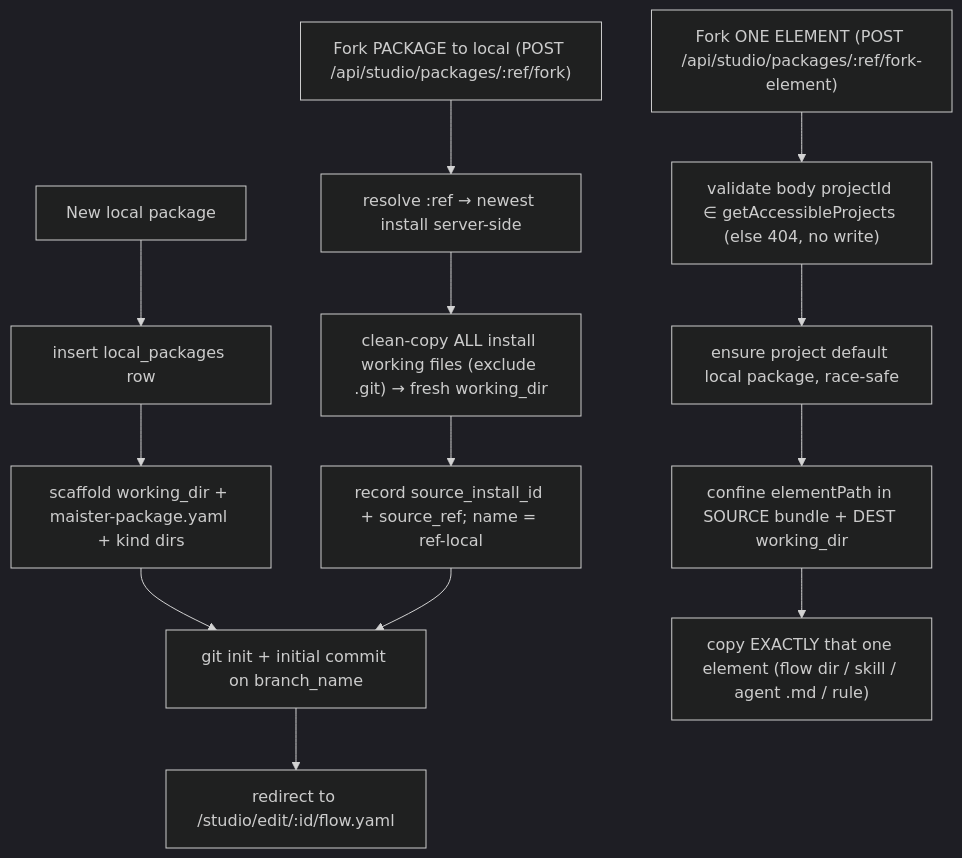
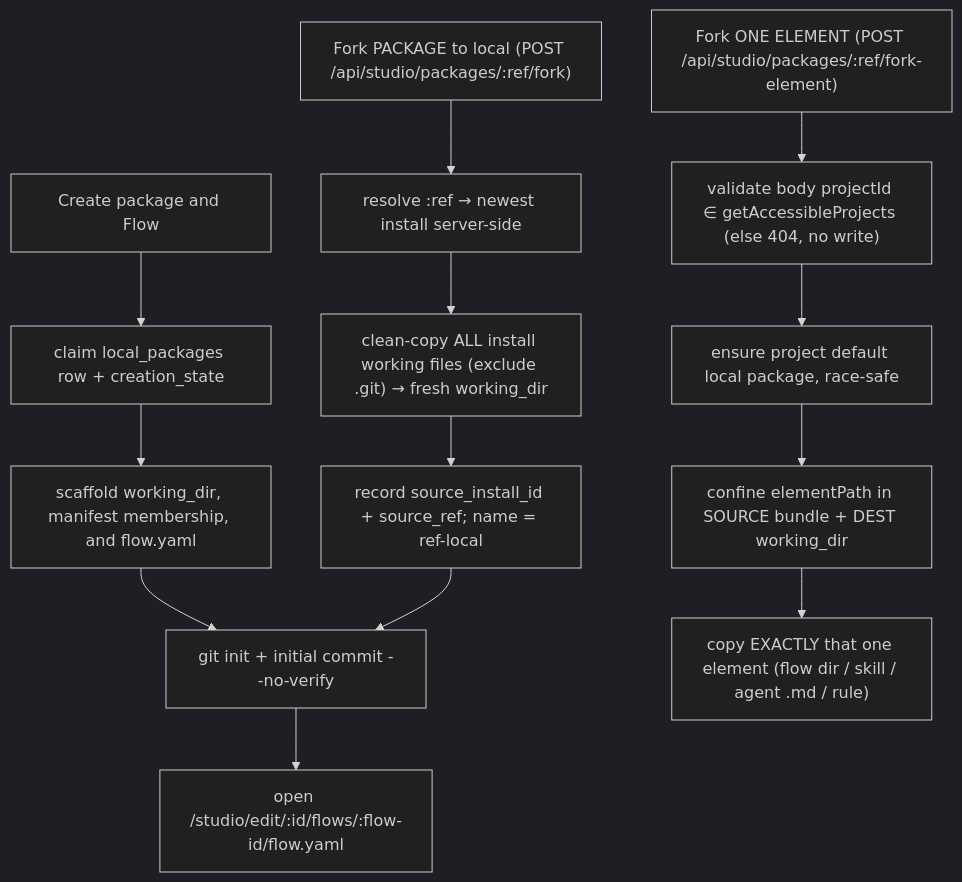
Before and after one commit to maister-dev/maister: the third of 13 diagrams in docs/system-analytics/local-packages.md, drawn with Mermaid (dark theme). The commit also changed other lines of this file and 17 other files, not shown here.

Commit message:
fix(studio): close create flow verification gaps

````diff
--- a/docs/system-analytics/local-packages.md
+++ b/docs/system-analytics/local-packages.md
@@ -94,17 +94,17 @@
 ```mermaid
 flowchart TD
-    A[New local package] --> B[insert local_packages row]
-    B --> C[scaffold working_dir + maister-package.yaml + kind dirs]
-    C --> D[git init + initial commit on branch_name]
-    D --> E[redirect to /studio/edit/:id/flow.yaml]
+    A[Create package and Flow] --> B[claim local_packages row + creation_state]
+    B --> C[scaffold working_dir, manifest membership, and flow.yaml]
+    C --> D[git init + initial commit --no-verify]
+    D --> E[open /studio/edit/:id/flows/:flow-id/flow.yaml]
 
     F["Fork PACKAGE to local (POST /api/studio/packages/:ref/fork)"] --> G1[resolve :ref → newest install server-side]
     G1 --> G2["clean-copy ALL install working files (exclude .git) → fresh working_dir"]
     G2 --> H[record source_install_id + source_ref; name = ref-local]
     H --> D
 
     K["Fork ONE ELEMENT (POST /api/studio/packages/:ref/fork-element)"] --> K1["validate body projectId ∈ getAccessibleProjects (else 404, no write)"]
     K1 --> K2[ensure project default local package, race-safe]
     K2 --> K3["confine elementPath in SOURCE bundle + DEST working_dir"]
     K3 --> K4["copy EXACTLY that one element (flow dir / skill / agent .md / rule)"]
 ```
````
